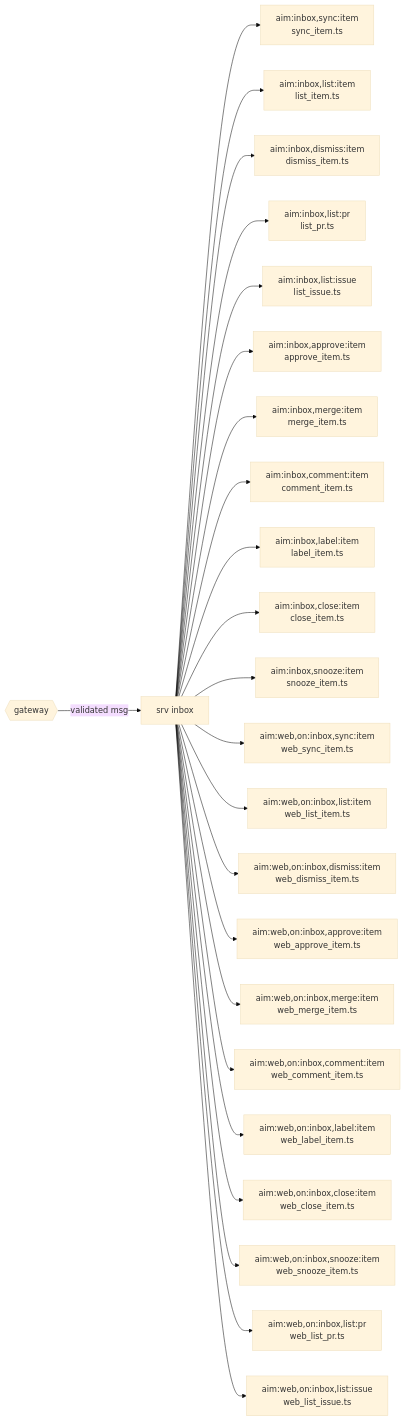
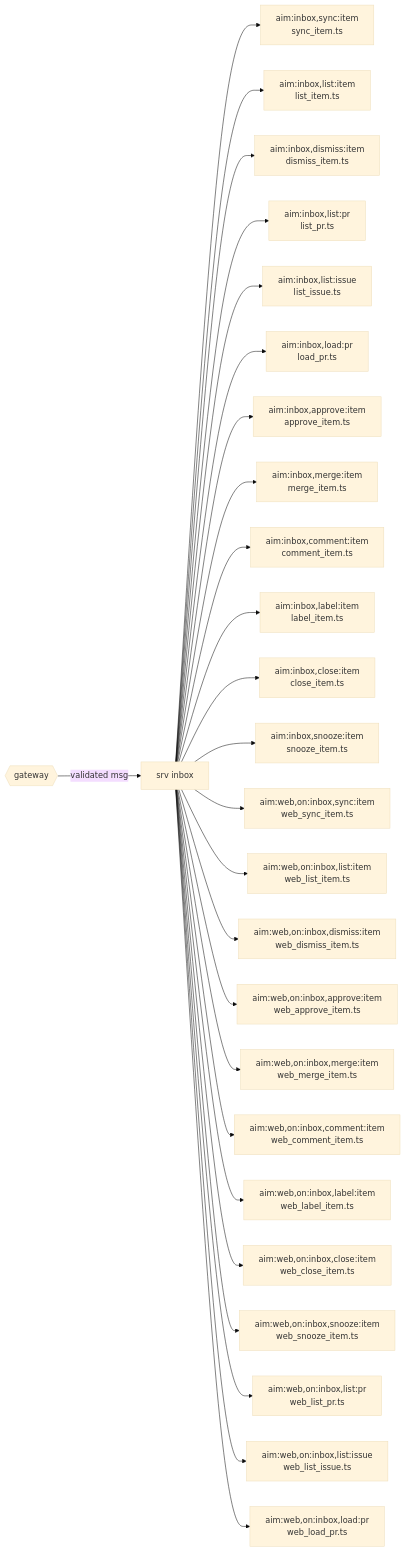
The diagram in backend/src/srv/inbox/README.md (voxgig/repo-manager), drawn with Mermaid (base theme) before and after one commit. The commit also changed other lines of this file and 12 other files, not shown here.

````diff
--- a/backend/src/srv/inbox/README.md
+++ b/backend/src/srv/inbox/README.md
@@ -37,26 +39,28 @@
 ```mermaid
 flowchart LR
   gateway{{gateway}} -->|validated msg| srv[srv inbox]
   srv --> sync_item["aim:inbox,sync:item<br>sync_item.ts"]
   srv --> list_item["aim:inbox,list:item<br>list_item.ts"]
   srv --> dismiss_item["aim:inbox,dismiss:item<br>dismiss_item.ts"]
   srv --> list_pr["aim:inbox,list:pr<br>list_pr.ts"]
   srv --> list_issue["aim:inbox,list:issue<br>list_issue.ts"]
+  srv --> load_pr["aim:inbox,load:pr<br>load_pr.ts"]
   srv --> approve_item["aim:inbox,approve:item<br>approve_item.ts"]
   srv --> merge_item["aim:inbox,merge:item<br>merge_item.ts"]
   srv --> comment_item["aim:inbox,comment:item<br>comment_item.ts"]
   srv --> label_item["aim:inbox,label:item<br>label_item.ts"]
   srv --> close_item["aim:inbox,close:item<br>close_item.ts"]
   srv --> snooze_item["aim:inbox,snooze:item<br>snooze_item.ts"]
   srv --> web_sync_item["aim:web,on:inbox,sync:item<br>web_sync_item.ts"]
   srv --> web_list_item["aim:web,on:inbox,list:item<br>web_list_item.ts"]
   srv --> web_dismiss_item["aim:web,on:inbox,dismiss:item<br>web_dismiss_item.ts"]
   srv --> web_approve_item["aim:web,on:inbox,approve:item<br>web_approve_item.ts"]
   srv --> web_merge_item["aim:web,on:inbox,merge:item<br>web_merge_item.ts"]
   srv --> web_comment_item["aim:web,on:inbox,comment:item<br>web_comment_item.ts"]
   srv --> web_label_item["aim:web,on:inbox,label:item<br>web_label_item.ts"]
   srv --> web_close_item["aim:web,on:inbox,close:item<br>web_close_item.ts"]
   srv --> web_snooze_item["aim:web,on:inbox,snooze:item<br>web_snooze_item.ts"]
   srv --> web_list_pr["aim:web,on:inbox,list:pr<br>web_list_pr.ts"]
   srv --> web_list_issue["aim:web,on:inbox,list:issue<br>web_list_issue.ts"]
+  srv --> web_load_pr["aim:web,on:inbox,load:pr<br>web_load_pr.ts"]
 ```
````
